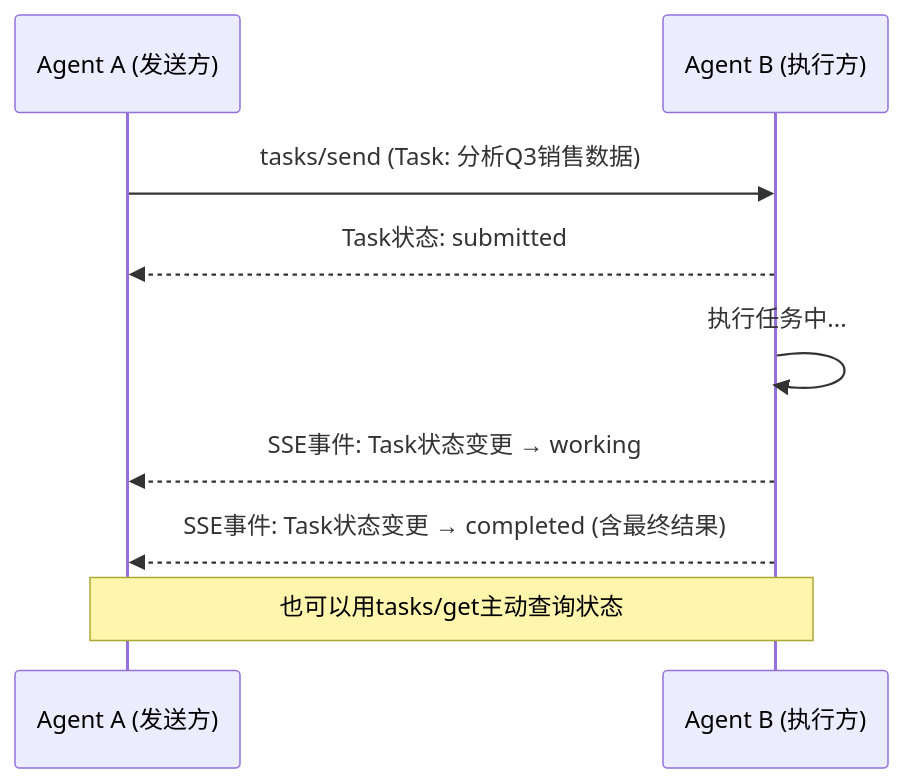
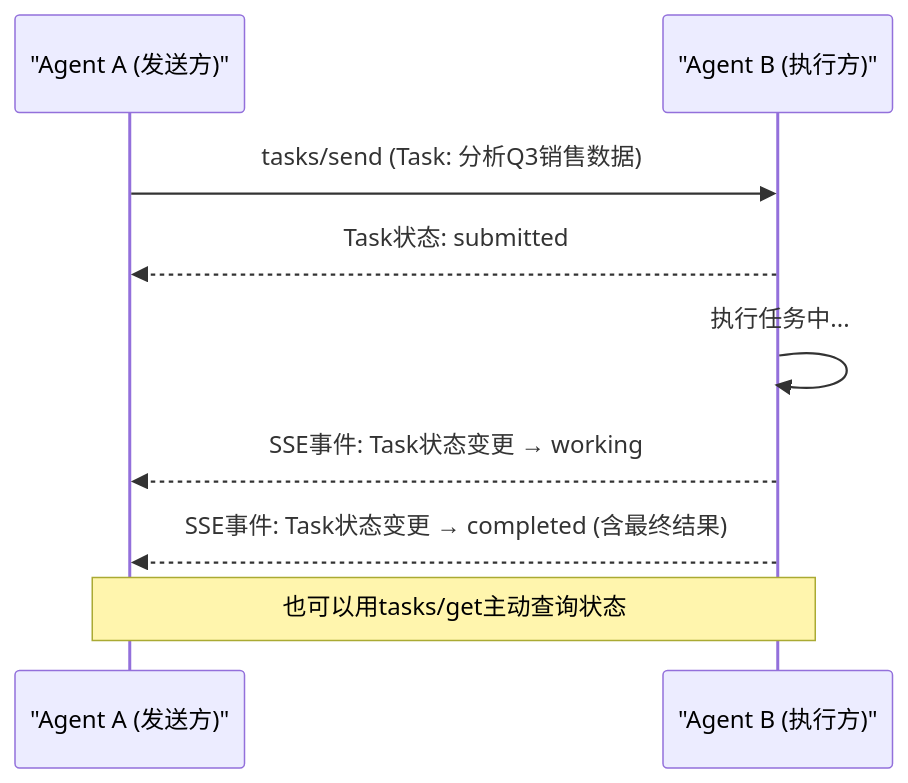
Before and after one commit to xinetzone/SpecWeave: the third of 3 diagrams in docs/knowledge/learning/agent-interface-deep-dive/04-agent-protocol.md, drawn with Mermaid. The commit also changed other lines of this file and 107 other files, not shown here.

First line of the commit message:
style(mermaid): check-mermaid --fix自动修复-移除空行+补充引号+subgraph标签

````diff
--- a/docs/knowledge/learning/agent-interface-deep-dive/04-agent-protocol.md
+++ b/docs/knowledge/learning/agent-interface-deep-dive/04-agent-protocol.md
@@ -131,15 +125,11 @@
 ```mermaid
 sequenceDiagram
-    participant A as Agent A (发送方)
-    participant B as Agent B (执行方)
-    
+    participant A as "Agent A (发送方)"
+    participant B as "Agent B (执行方)"
     A->>B: tasks/send (Task: 分析Q3销售数据)
     B-->>A: Task状态: submitted
-    
     B->>B: 执行任务中...
-    
     B-->>A: SSE事件: Task状态变更 → working
     B-->>A: SSE事件: Task状态变更 → completed (含最终结果)
-    
     Note over A,B: 也可以用tasks/get主动查询状态
 ```
````
